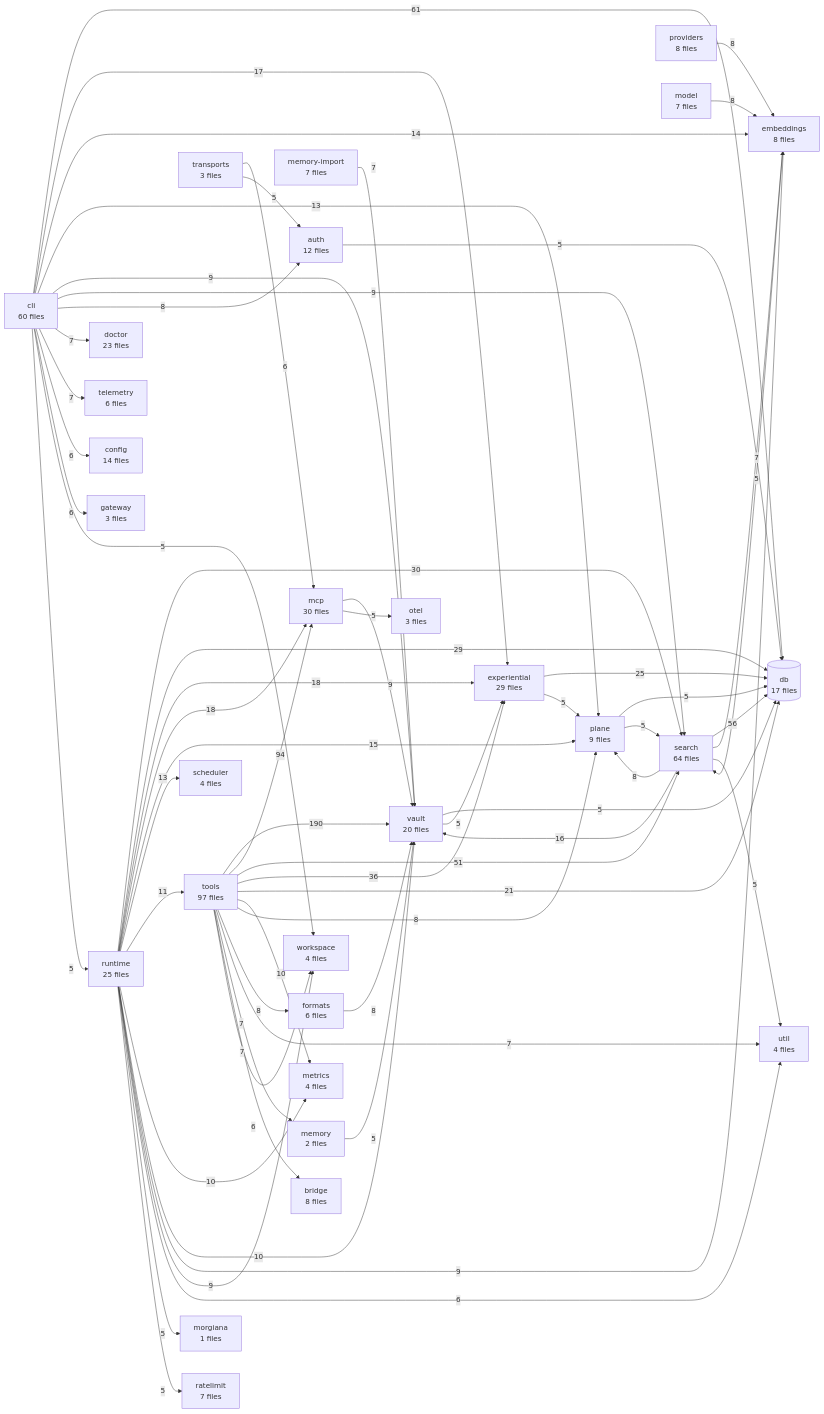
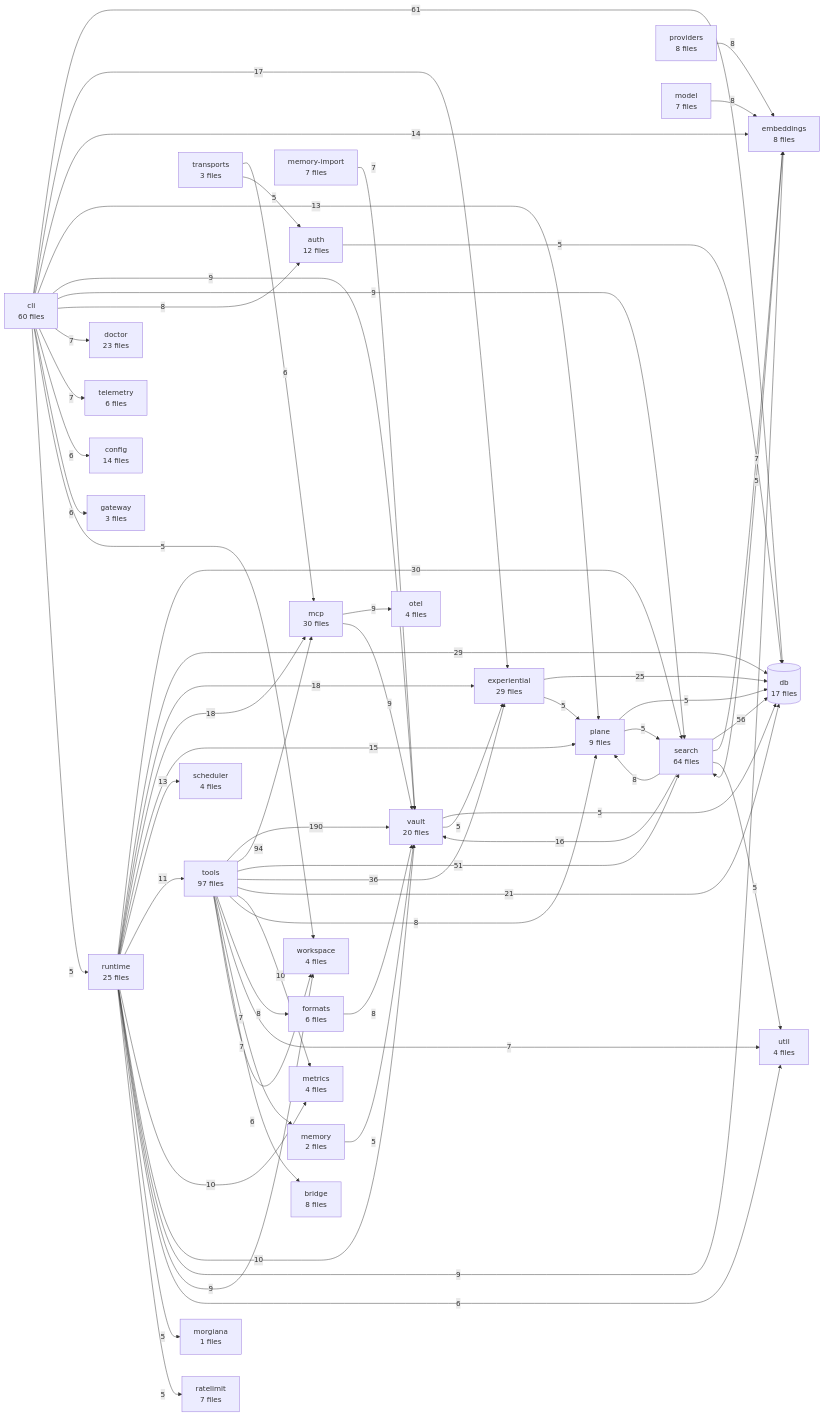
Before and after one commit to The-40-Thieves/obsidian-tc: the diagram in TREE.md, drawn with Mermaid. The commit also changed other lines of this file and 2 other files, not shown here.

Commit message:
chore(otel): re-pin config schema baseline and regenerate tree map

```diff
--- a/TREE.md
+++ b/TREE.md
@@ -349,11 +349,11 @@
   formats[formats<br/>6 files]
   telemetry[telemetry<br/>6 files]
   metrics[metrics<br/>4 files]
+  otel[otel<br/>4 files]
   scheduler[scheduler<br/>4 files]
   util[util<br/>4 files]
   workspace[workspace<br/>4 files]
   gateway[gateway<br/>3 files]
-  otel[otel<br/>3 files]
   transports[transports<br/>3 files]
   memory[memory<br/>2 files]
   morgiana[morgiana<br/>1 files]
@@ -382,6 +382,7 @@
   tools -->|10| metrics
   cli -->|9| vault
   cli -->|9| search
+  mcp -->|9| otel
   mcp -->|9| vault
   runtime -->|9| embeddings
   runtime -->|9| workspace
@@ -409,7 +410,6 @@
   cli -->|5| runtime
   embeddings -->|5| search
   experiential -->|5| plane
-  mcp -->|5| otel
   memory -->|5| vault
   plane -->|5| db
   plane -->|5| search
```
